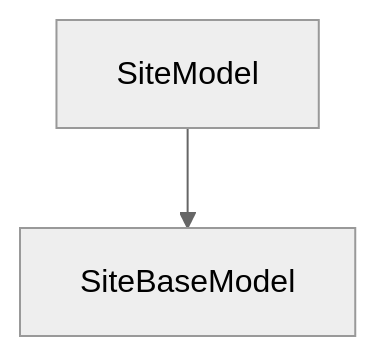
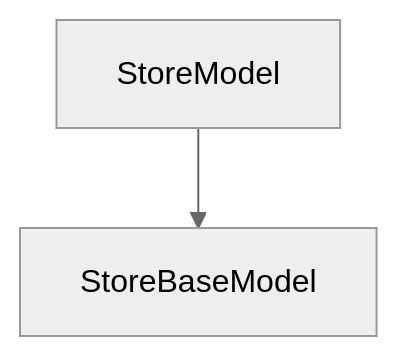
One commit to ultranetorg/uc changed the fifth of 6 diagrams in Fair/WebUI/README.md. Above: the diagram before and after it, drawn with Mermaid (neutral theme). The commit also changed other lines of this file and 177 other files, not shown here.

````diff
--- a/Fair/WebUI/README.md
+++ b/Fair/WebUI/README.md
@@ -86,4 +86,4 @@
 ```mermaid
 graph TD;
-    SiteModel --> SiteBaseModel
+    StoreModel --> StoreBaseModel
 ```
````
